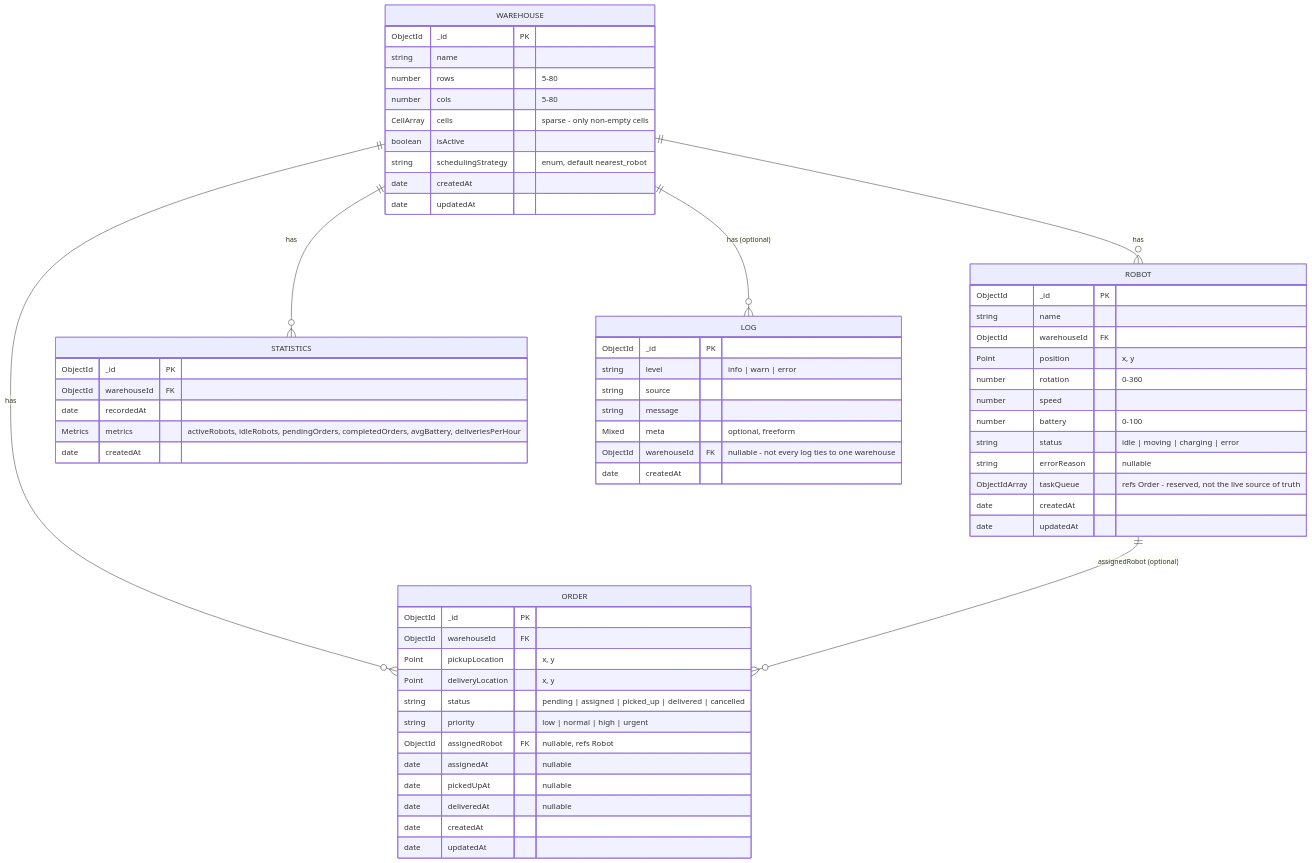
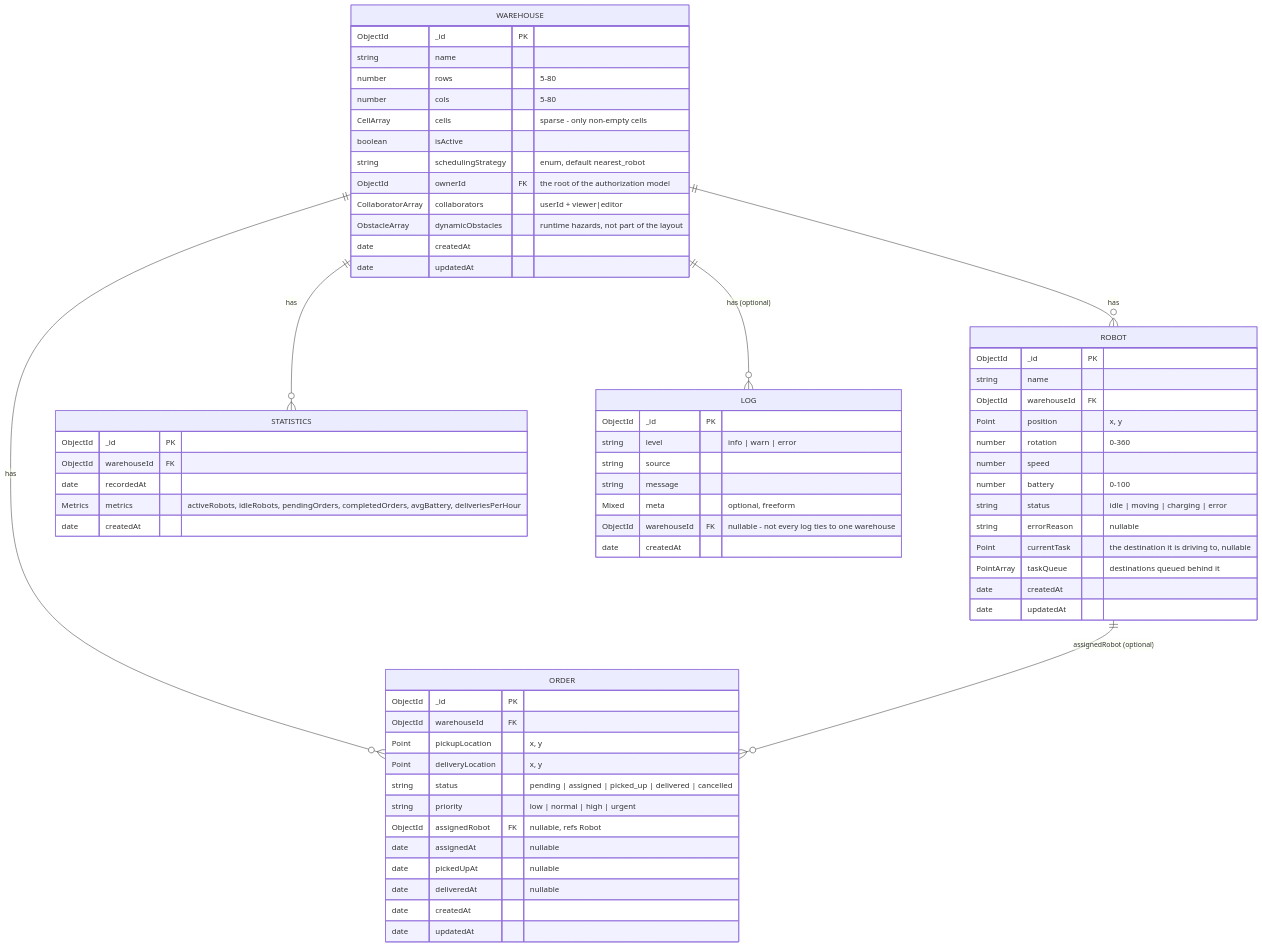
The diagram in docs/ER_DIAGRAM.md (TechSadi/Warehouse-robot-simulation), drawn with Mermaid before and after one commit. The commit also changed other lines of this file and 8 other files, not shown here.

````diff
--- a/docs/ER_DIAGRAM.md
+++ b/docs/ER_DIAGRAM.md
@@ -10,68 +16,72 @@
 ```mermaid
 erDiagram
     WAREHOUSE ||--o{ ROBOT : "has"
     WAREHOUSE ||--o{ ORDER : "has"
     WAREHOUSE ||--o{ STATISTICS : "has"
     WAREHOUSE ||--o{ LOG : "has (optional)"
     ROBOT ||--o{ ORDER : "assignedRobot (optional)"
 
     WAREHOUSE {
         ObjectId _id PK
         string name
         number rows "5-80"
         number cols "5-80"
         CellArray cells "sparse - only non-empty cells"
         boolean isActive
         string schedulingStrategy "enum, default nearest_robot"
+        ObjectId ownerId FK "the root of the authorization model"
+        CollaboratorArray collaborators "userId + viewer|editor"
+        ObstacleArray dynamicObstacles "runtime hazards, not part of the layout"
         date createdAt
         date updatedAt
     }
 
     ROBOT {
         ObjectId _id PK
         string name
         ObjectId warehouseId FK
         Point position "x, y"
         number rotation "0-360"
         number speed
         number battery "0-100"
         string status "idle | moving | charging | error"
         string errorReason "nullable"
-        ObjectIdArray taskQueue "refs Order - reserved, not the live source of truth"
+        Point currentTask "the destination it is driving to, nullable"
+        PointArray taskQueue "destinations queued behind it"
         date createdAt
         date updatedAt
     }
 
     ORDER {
         ObjectId _id PK
         ObjectId warehouseId FK
         Point pickupLocation "x, y"
         Point deliveryLocation "x, y"
         string status "pending | assigned | picked_up | delivered | cancelled"
         string priority "low | normal | high | urgent"
         ObjectId assignedRobot FK "nullable, refs Robot"
         date assignedAt "nullable"
         date pickedUpAt "nullable"
         date deliveredAt "nullable"
         date createdAt
         date updatedAt
     }
 
     STATISTICS {
         ObjectId _id PK
         ObjectId warehouseId FK
         date recordedAt
         Metrics metrics "activeRobots, idleRobots, pendingOrders, completedOrders, avgBattery, deliveriesPerHour"
         date createdAt
     }
 
     LOG {
         ObjectId _id PK
         string level "info | warn | error"
         string source
         string message
         Mixed meta "optional, freeform"
         ObjectId warehouseId FK "nullable - not every log ties to one warehouse"
         date createdAt
     }
 ```
````
